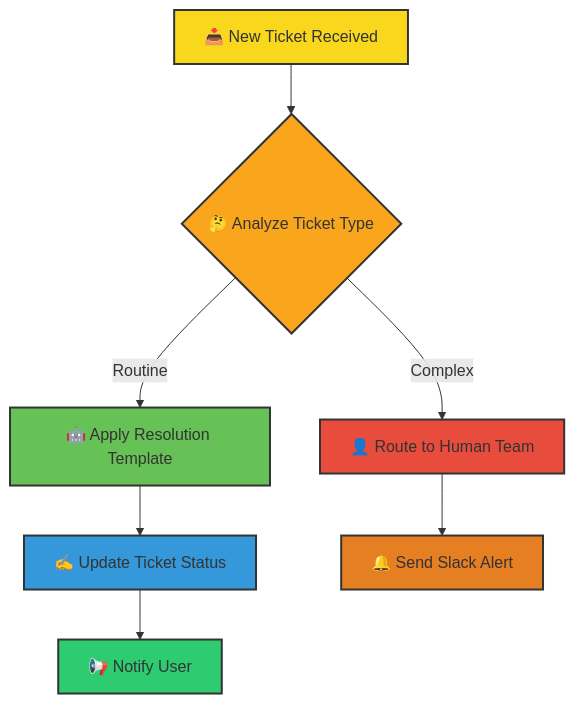
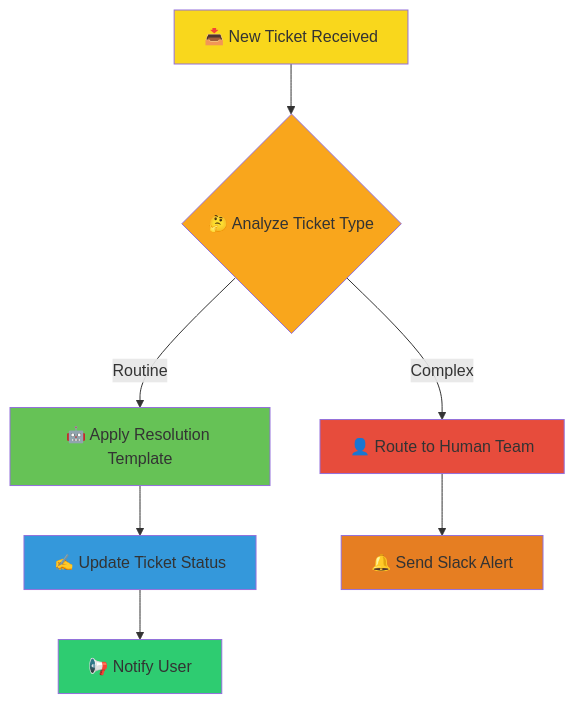
One commit to kubiyabot/terraform-modules changed the first of 2 diagrams in delegate-jira-tickets/README.md. Above: the diagram before and after it, drawn with Mermaid. The commit also changed other lines of this file, not shown here.

Commit message:
Fix Jira mermaid

````diff
--- a/delegate-jira-tickets/README.md
+++ b/delegate-jira-tickets/README.md
@@ -23,17 +23,25 @@
 ```mermaid
 graph TD
     A[📥 New Ticket Received] --> B{🤔 Analyze Ticket Type}
-    B --> |Routine| C[🤖 Apply Resolution Template]
-    B --> |Complex| D[👤 Route to Human Team]
+    B -->|Routine| C[🤖 Apply Resolution Template]
+    B -->|Complex| D[👤 Route to Human Team]
     C --> E[✍️ Update Ticket Status]
     E --> F[📢 Notify User]
     D --> G[🔔 Send Slack Alert]
-    
-    style A fill:#f9d71c,stroke:#333,stroke-width:2px
-    style B fill:#f9a61c,stroke:#333,stroke-width:2px
-    style C fill:#66c256,stroke:#333,stroke-width:2px
-    style D fill:#e74c3c,stroke:#333,stroke-width:2px
-    style E fill:#3498db,stroke:#333,stroke-width:2px
-    style F fill:#2ecc71,stroke:#333,stroke-width:2px
-    style G fill:#e67e22,stroke:#333,stroke-width:2px
+
+    classDef yellow fill:#f9d71c
+    classDef orange fill:#f9a61c
+    classDef green fill:#66c256
+    classDef red fill:#e74c3c
+    classDef blue fill:#3498db
+    classDef lightGreen fill:#2ecc71
+    classDef darkOrange fill:#e67e22
+
+    class A yellow
+    class B orange
+    class C green
+    class D red
+    class E blue
+    class F lightGreen
+    class G darkOrange
 ```
````
